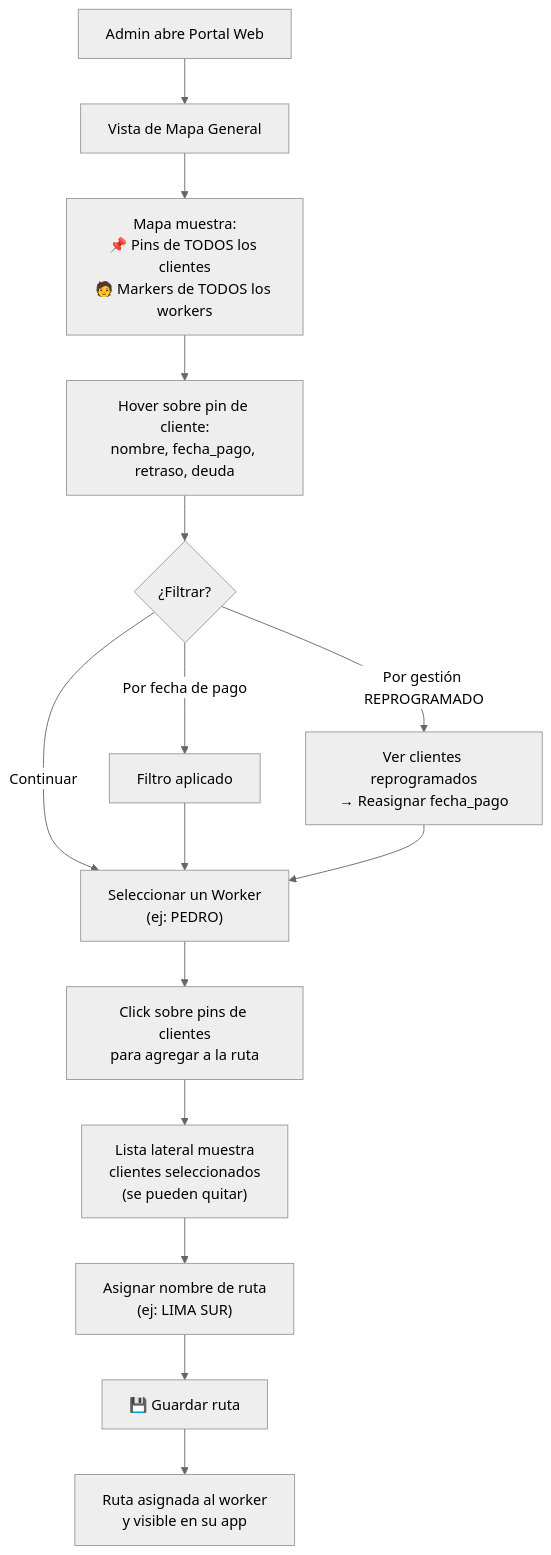
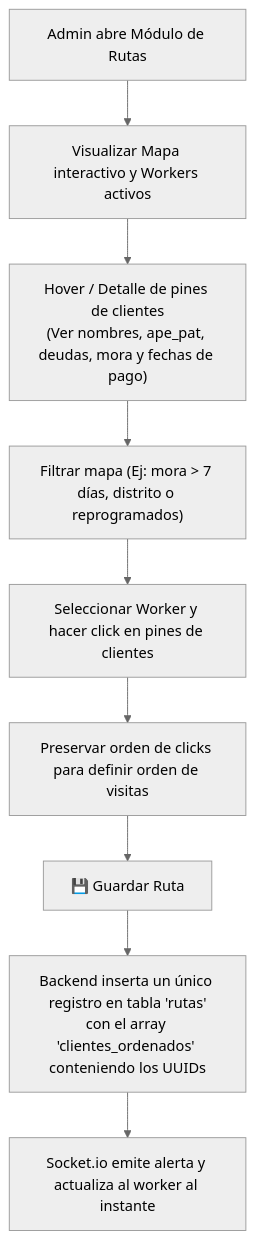
One commit to carlosaherrerap/rutaZero changed the fourth of 5 diagrams in docs/diagrama_flujo.md. Above: the diagram before and after it, drawn with Mermaid (neutral theme). The commit also changed other lines of this file and 38 other files, not shown here.

````diff
--- a/docs/diagrama_flujo.md
+++ b/docs/diagrama_flujo.md
@@ -96,18 +123,11 @@
 ```mermaid
 flowchart TD
-    A["Admin abre Portal Web"] --> B["Vista de Mapa General"]
-    B --> B1["Mapa muestra:<br/>📌 Pins de TODOS los clientes<br/>🧑 Markers de TODOS los workers"]
-    B1 --> C["Hover sobre pin de cliente:<br/>nombre, fecha_pago, retraso, deuda"]
-    C --> D{"¿Filtrar?"}
-    D -- "Por fecha de pago" --> D1["Filtro aplicado"]
-    D -- "Por gestión REPROGRAMADO" --> D2["Ver clientes reprogramados<br/>→ Reasignar fecha_pago"]
-    D -- "Continuar" --> E
-    D1 --> E
-    D2 --> E
-    E["Seleccionar un Worker<br/>(ej: PEDRO)"]
-    E --> F["Click sobre pins de clientes<br/>para agregar a la ruta"]
-    F --> G["Lista lateral muestra<br/>clientes seleccionados<br/>(se pueden quitar)"]
-    G --> H["Asignar nombre de ruta<br/>(ej: LIMA SUR)"]
-    H --> I["💾 Guardar ruta"]
-    I --> J["Ruta asignada al worker<br/>y visible en su app"]
+    A["Admin abre Módulo de Rutas"] --> B["Visualizar Mapa interactivo y Workers activos"]
+    B --> C["Hover / Detalle de pines de clientes<br/>(Ver nombres, ape_pat, deudas, mora y fechas de pago)"]
+    C --> D["Filtrar mapa (Ej: mora > 7 días, distrito o reprogramados)"]
+    D --> E["Seleccionar Worker y hacer click en pines de clientes"]
+    E --> F["Preservar orden de clicks para definir orden de visitas"]
+    F --> G["💾 Guardar Ruta"]
+    G --> H["Backend inserta un único registro en tabla 'rutas'<br/>con el array 'clientes_ordenados' conteniendo los UUIDs"]
+    H --> I["Socket.io emite alerta y actualiza al worker al instante"]
 ```
````
